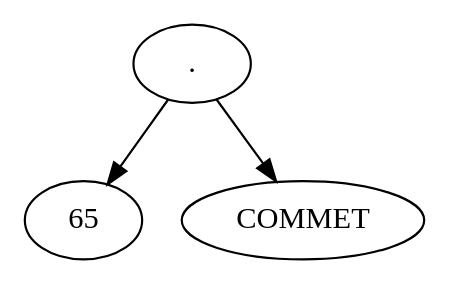
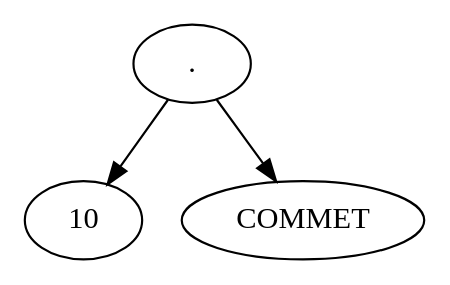
The diagram in backend/src/yalex/ast.dot (Danval-003/LexicalAnalyzer-LL1-SRL-Scanner), drawn with Graphviz before and after one commit. The commit also changed 8 other files, not shown here.

```diff
--- a/backend/src/yalex/ast.dot
+++ b/backend/src/yalex/ast.dot
@@ -1,8 +1,8 @@
 digraph AST {
 	NT1->N1;
 	NT1->NTK1;
-	N1 [ label="65" ];
+	N1 [ label="10" ];
 	NT1 [ label="." ];
 	NTK1 [ label="COMMET" ];
 
 }
```
